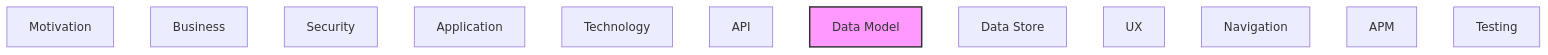
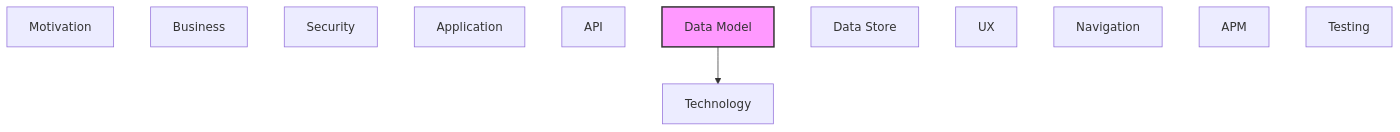
The second of 2 diagrams in documentation-robotics/reports/07-data-model-layer-report.md (tinkermonkey/context-studio), drawn with Mermaid before and after one commit. The commit also changed other lines of this file and 10 other files, not shown here.

First line of the commit message:
Ingest application, technology, data-model layers via dr-map/dr-relate

````diff
--- a/documentation-robotics/reports/07-data-model-layer-report.md
+++ b/documentation-robotics/reports/07-data-model-layer-report.md
@@ -39,17 +53,18 @@
 ```mermaid
 flowchart TB
   classDef current fill:#f9f,stroke:#333,stroke-width:2px
   motivation["Motivation"]
   business["Business"]
   security["Security"]
   application["Application"]
   technology["Technology"]
   api["API"]
   data_model["Data Model"]
   data_store["Data Store"]
   ux["UX"]
   navigation["Navigation"]
   apm["APM"]
   testing["Testing"]
+  data_model --> technology
   class data_model current
 ```
````
